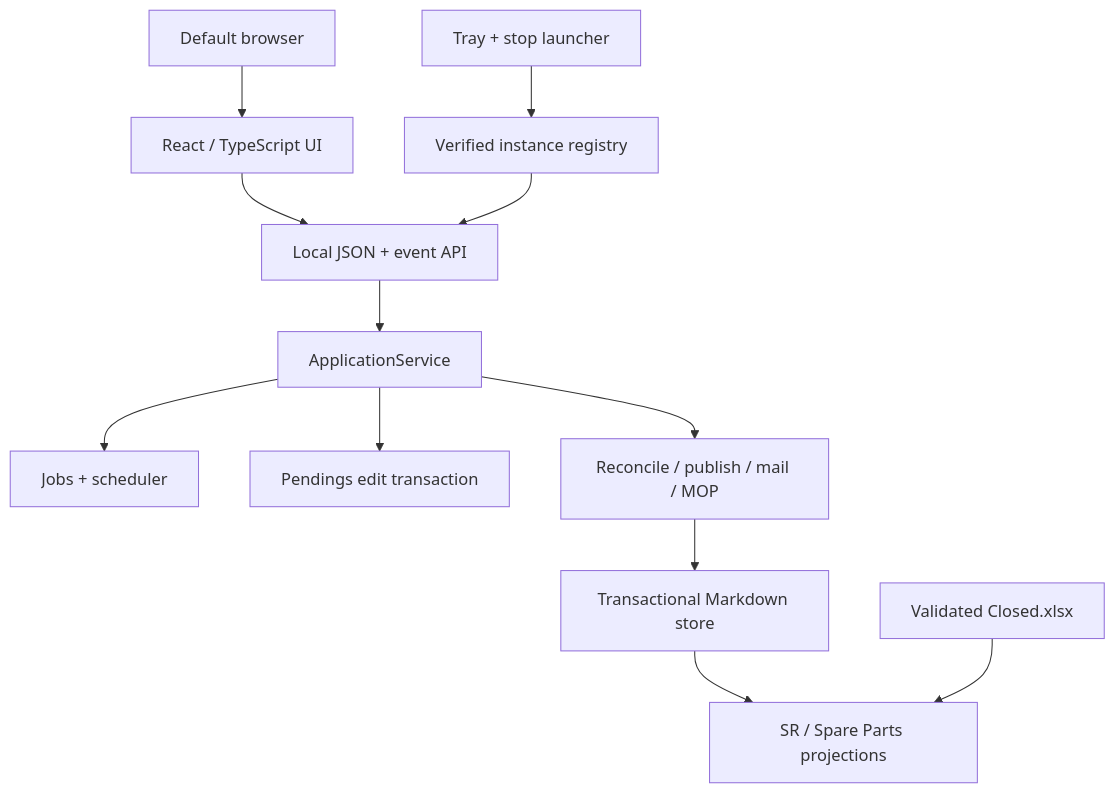
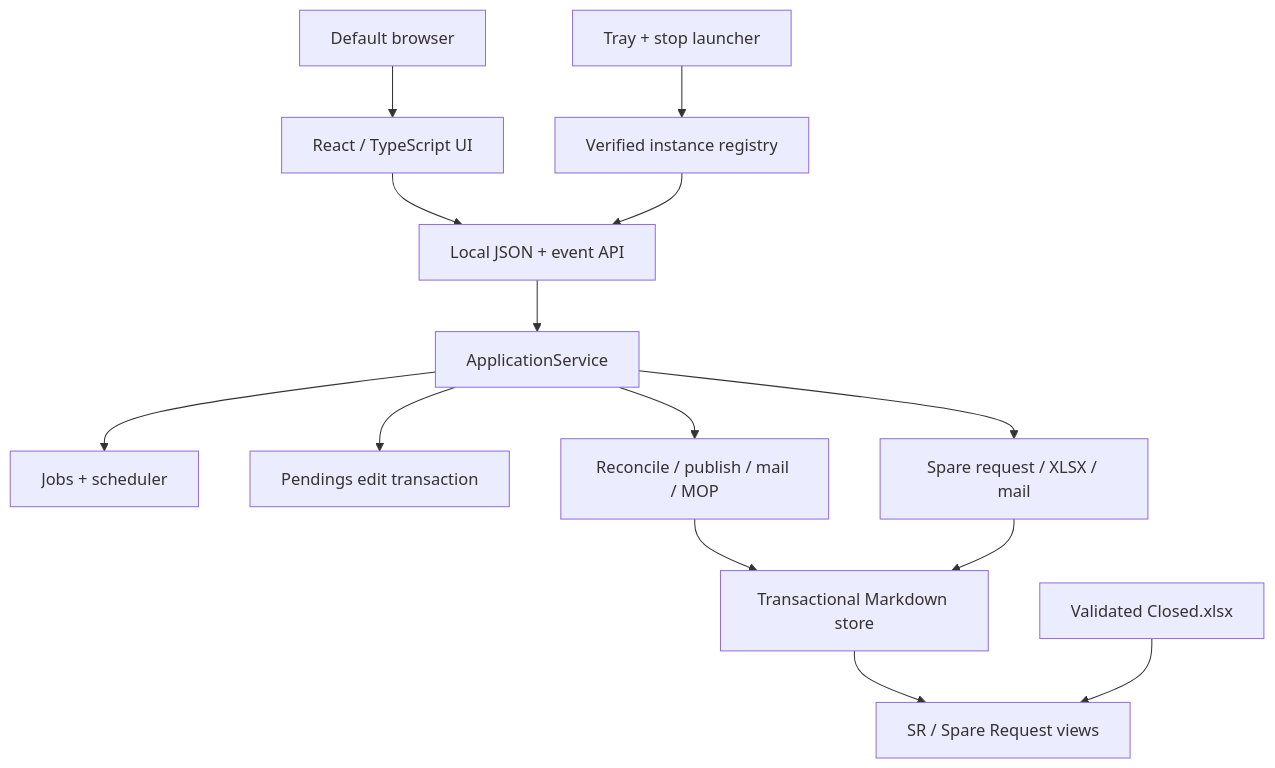
Before and after one commit to guidoduchi/zeus: the diagram in docs/ARCHITECTURE.md, drawn with Mermaid. The commit also changed other lines of this file and 47 other files, not shown here.

Commit message:
feat: add independent spare request workflow

````diff
--- a/docs/ARCHITECTURE.md
+++ b/docs/ARCHITECTURE.md
@@ -5,14 +5,16 @@
 ```mermaid
 flowchart TD
     Browser["Default browser"] --> UI["React / TypeScript UI"]
     UI --> API["Local JSON + event API"]
     Runtime["Tray + stop launcher"] --> Registry["Verified instance registry"]
     Registry --> API
     API --> Service["ApplicationService"]
     Service --> Jobs["Jobs + scheduler"]
     Service --> Edit["Pendings edit transaction"]
     Service --> Core["Reconcile / publish / mail / MOP"]
+    Service --> Spare["Spare request / XLSX / mail"]
     Core --> Store["Transactional Markdown store"]
-    Store --> Views["SR / Spare Parts projections"]
+    Spare --> Store
+    Store --> Views["SR / Spare Request views"]
     Closed["Validated Closed.xlsx"] --> Views
 ```
````
